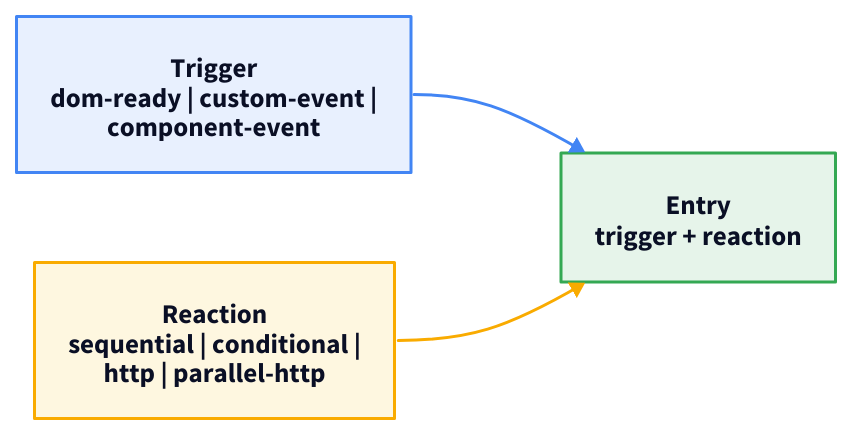
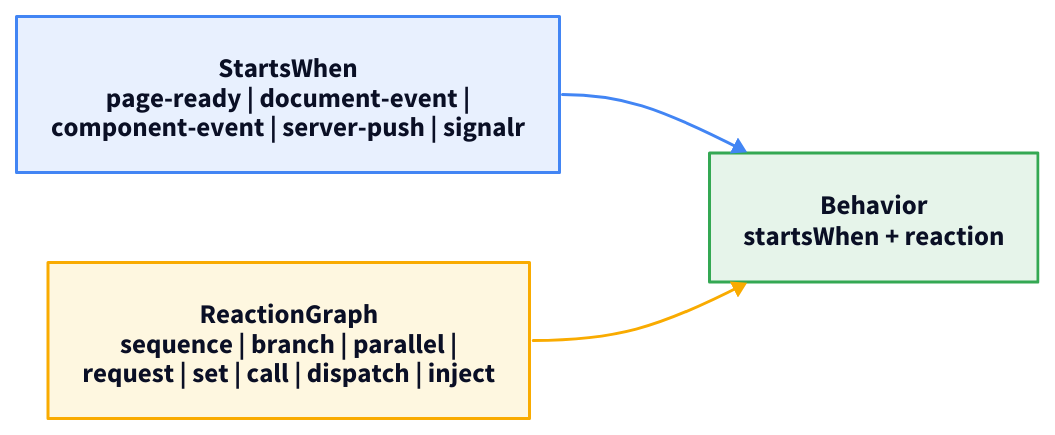
Before and after one commit to marafiq/alis-reactive: the first of 2 diagrams in docs-site/src/content/docs/architecture/descriptors-and-plan.mdx, drawn with D2. The commit also changed other lines of this file and 1 other file, not shown here.

````diff
--- a/docs-site/src/content/docs/architecture/descriptors-and-plan.mdx
+++ b/docs-site/src/content/docs/architecture/descriptors-and-plan.mdx
@@ -14,29 +14,29 @@
 ```d2
 direction: right
 
-trigger: "Trigger\ndom-ready | custom-event |\ncomponent-event" {
+trigger: "StartsWhen\npage-ready | document-event |\ncomponent-event | server-push | signalr" {
   shape: rectangle
   style.fill: "#e8f0fe"
   style.stroke: "#4285f4"
   style.font-size: 18
 }
-reaction: "Reaction\nsequential | conditional |\nhttp | parallel-http" {
+reaction: "ReactionGraph\nsequence | branch | parallel |\nrequest | set | call | dispatch | inject" {
   shape: rectangle
   style.fill: "#fef7e0"
   style.stroke: "#f9ab00"
   style.font-size: 18
 }
-entry: "Entry\ntrigger + reaction" {
+behavior: "Behavior\nstartsWhen + reaction" {
   shape: rectangle
   style.fill: "#e6f4ea"
   style.stroke: "#34a853"
   style.font-size: 18
 }
 
-trigger -> entry {
+trigger -> behavior {
   style.stroke: "#4285f4"
 }
-reaction -> entry {
+reaction -> behavior {
   style.stroke: "#f9ab00"
 }
 ```
````
